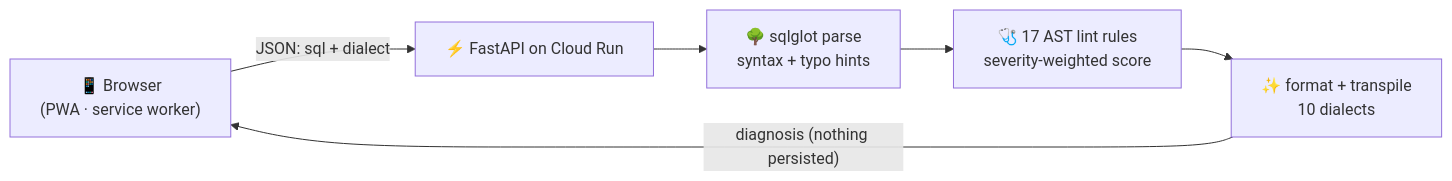
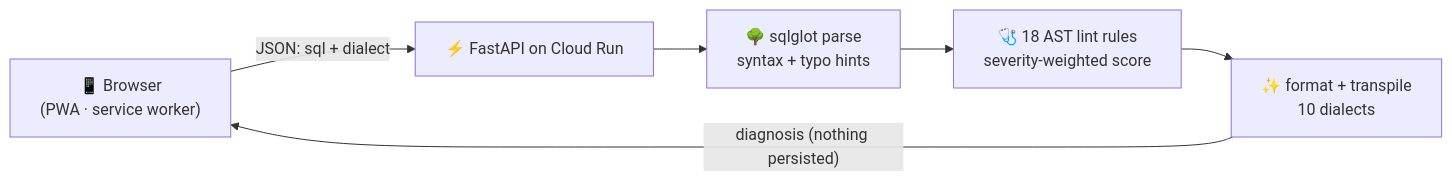
One commit to ARAVINDHRAJA123/querydoctor changed the diagram in README.md. Above: the diagram before and after it, drawn with Mermaid. The commit also changed other lines of this file and 6 other files, not shown here.

````diff
--- a/README.md
+++ b/README.md
@@ -105,8 +106,8 @@
 ```mermaid
 flowchart LR
     A["📱 Browser<br/>(PWA · service worker)"] -- "JSON: sql + dialect" --> B["⚡ FastAPI on Cloud Run"]
     B --> C["🌳 sqlglot parse<br/>syntax + typo hints"]
-    C --> D["🩺 17 AST lint rules<br/>severity-weighted score"]
+    C --> D["🩺 18 AST lint rules<br/>severity-weighted score"]
     D --> E["✨ format + transpile<br/>10 dialects"]
     E -- "diagnosis (nothing persisted)" --> A
 ```
````
